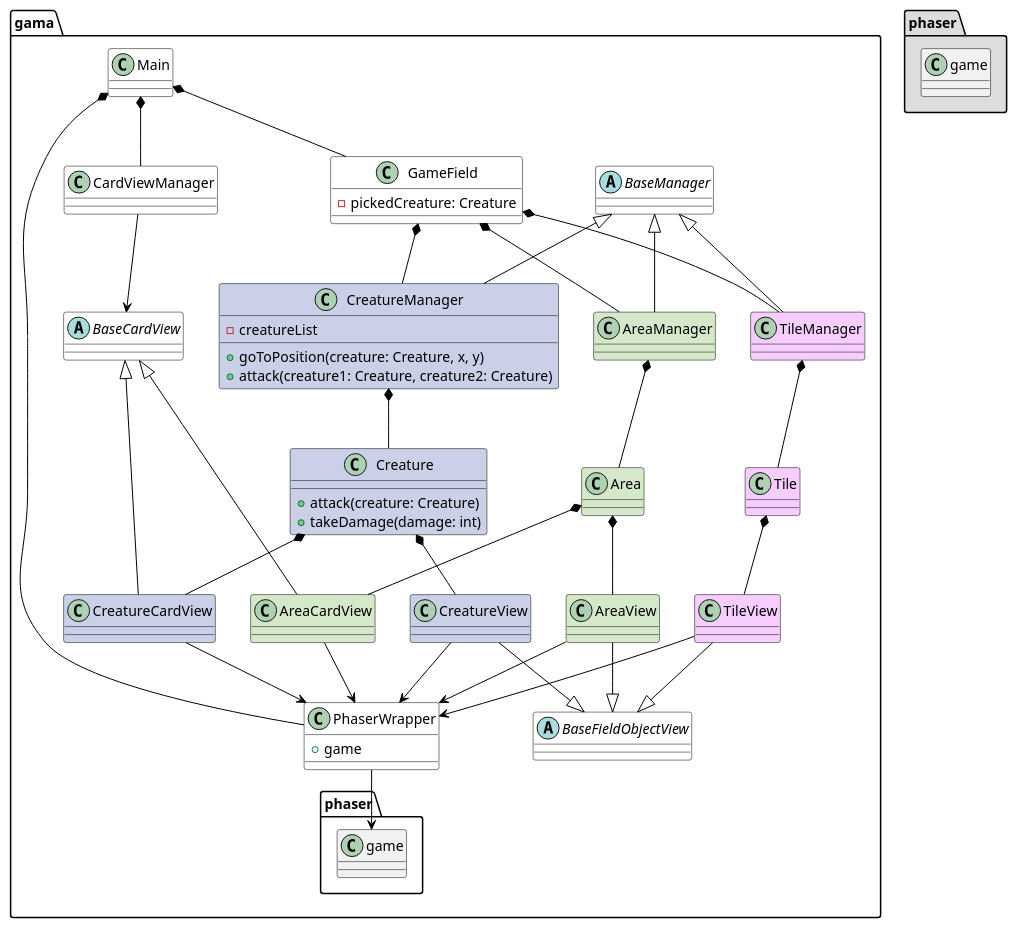
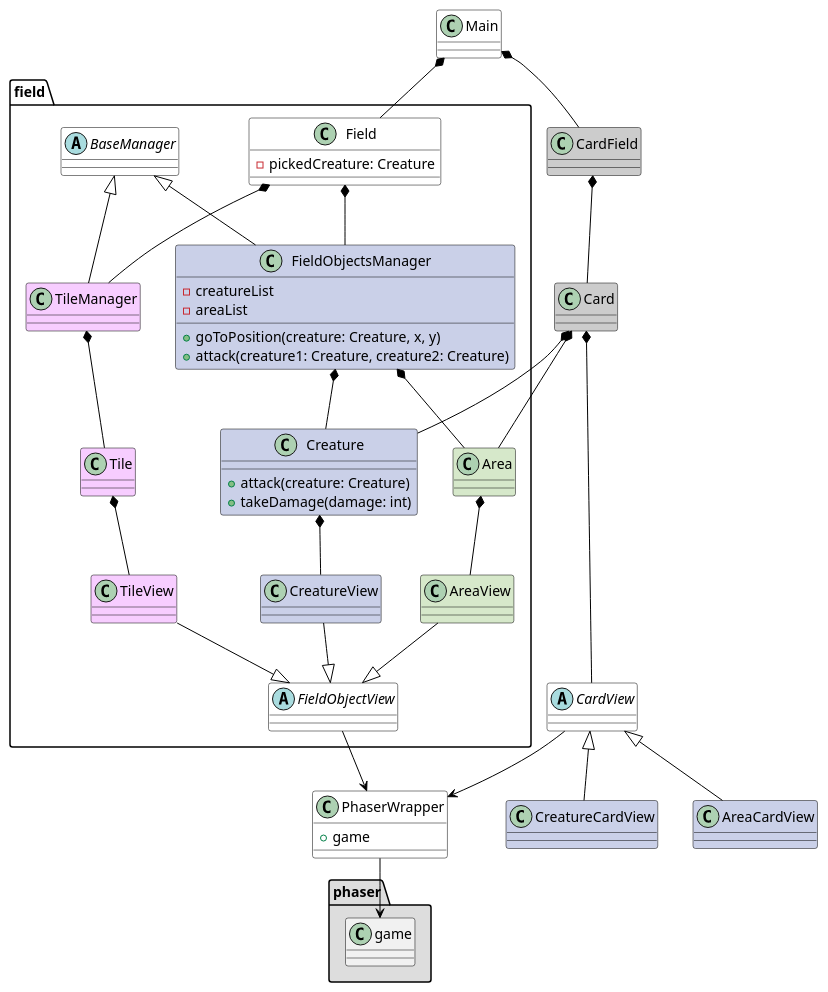
Before and after one commit to gamesFTW/phaser-card-game-client: the diagram in uml/base.puml, drawn with PlantUML.

Commit message:
New view on base UML

```diff
--- a/uml/base.puml
+++ b/uml/base.puml
@@ -1,113 +1,116 @@
 @startuml
 
 skinparam class {
 	ArrowColor black
 	BorderColor black
 }
 
 skinparam stereotypeCBackgroundColor YellowGreen
 skinparam shadowing false
 
-package "gama" {
+class Main #ffffff
+
+Main *-- field.Field
+Main *-- CardField
+
+
+''' Про это смотри cards.puml, тут очень упощеная ее часть
+class CardField #cccccc
+CardField *-- Card
+
+
+class Card #cccccc
+Card *-- field.Creature
+Card *-- field.Area
+Card *-- CardView
+
+
+class CreatureCardView #CAD0E8
+CardView <|-- CreatureCardView
+
+
+class AreaCardView #CAD0E8
+CardView <|-- AreaCardView
+
+
+abstract class CardView #ffffff
+CardView --> PhaserWrapper
+
+
+class PhaserWrapper #ffffff {
+    + game
+}
+PhaserWrapper --> phaser.game
+
+
+package "field" {
     abstract class BaseManager #ffffff
 
 
-    abstract class BaseFieldObjectView #ffffff
-    BaseFieldObjectView <|-up- TileView
-    BaseFieldObjectView <|-up- CreatureView
-    BaseFieldObjectView <|-up- AreaView
+    abstract class FieldObjectView #ffffff
+    FieldObjectView <|-up- TileView
+    FieldObjectView <|-up- CreatureView
+    FieldObjectView <|-up- AreaView
+    FieldObjectView --> .PhaserWrapper
 
 
-    abstract class BaseCardView #ffffff
-    
-    
-    class Main #ffffff
-    Main *-- PhaserWrapper
-    Main *-- GameField
-    Main *-- CardViewManager
-
-
-    class PhaserWrapper #ffffff {
-        + game
-    }
-    PhaserWrapper --> phaser.game
-
-
-    class GameField #ffffff {
+    class Field #ffffff {
         - pickedCreature: Creature
     }
-    GameField *-- TileManager
-    GameField *-- CreatureManager
-    GameField *-- AreaManager
-
-
-    class CardViewManager #ffffff
-    CardViewManager --> BaseCardView
+    Field *-- TileManager
+    Field *-- FieldObjectsManager
 
 
     '''Tile'''
     class TileManager #F7CDFF
     BaseManager <|-- TileManager
     TileManager *-- Tile
 
 
     class Tile #F7CDFF
     Tile *-- TileView
 
 
     class TileView #F7CDFF
-    TileView --> PhaserWrapper
 
 
     '''Creature'''
-    class CreatureManager #CAD0E8 {
+    class FieldObjectsManager #CAD0E8 {
         - creatureList
+        - areaList
         + goToPosition(creature: Creature, x, y)
         + attack(creature1: Creature, creature2: Creature)
     }
-    BaseManager <|-- CreatureManager
-    CreatureManager *-- Creature
+    BaseManager <|-- FieldObjectsManager
+    FieldObjectsManager *-- Creature
 
 
     class Creature #CAD0E8 {
         + attack(creature: Creature)
         + takeDamage(damage: int)
     }
     Creature *-- CreatureView
-    Creature *-- CreatureCardView
 
 
     class CreatureView #CAD0E8
-    CreatureView --> PhaserWrapper
 
 
-    class CreatureCardView #CAD0E8
-    BaseCardView <|-right- CreatureCardView
-    CreatureCardView --> PhaserWrapper
 
 
     '''Area'''
-    class AreaManager #D6E8CA
-    BaseManager <|-- AreaManager
-    AreaManager *-- Area
+    FieldObjectsManager *-- Area
 
 
     class Area #D6E8CA
     Area *-- AreaView
-    Area *-- AreaCardView
 
 
     class AreaView #D6E8CA
-    AreaView --> PhaserWrapper
 
-
-    class AreaCardView #D6E8CA
-    BaseCardView <|-right- AreaCardView
-    AreaCardView --> PhaserWrapper
 }
 
 
 package "phaser" #DDDDDD {
     class game
 }
 @enduml
```
